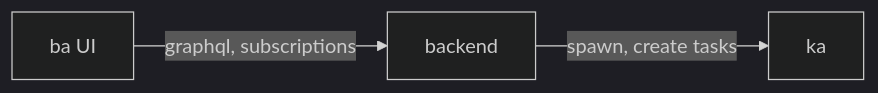
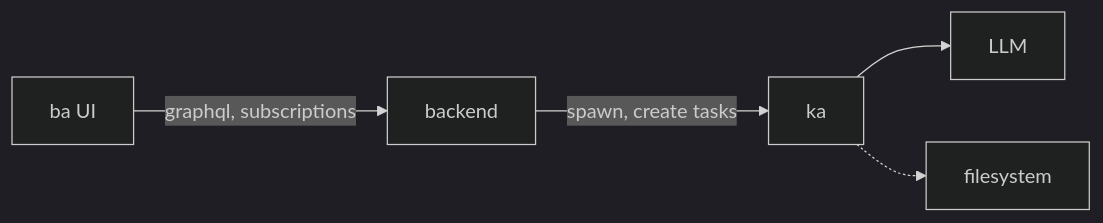
Before and after one commit to tot-ra/ka_ba: the diagram in README.md, drawn with Mermaid (dark theme).

````diff
--- a/README.md
+++ b/README.md
@@ -23,4 +23,5 @@
 ```mermaid
 flowchart LR
-ba["ba UI"] --"graphql, subscriptions"--> backend --"spawn, create tasks"--> ka
+ba["ba UI"] --"graphql, subscriptions"--> backend --"spawn, create tasks"--> ka --> LLM
+ka .-> filesystem
 ```
````
